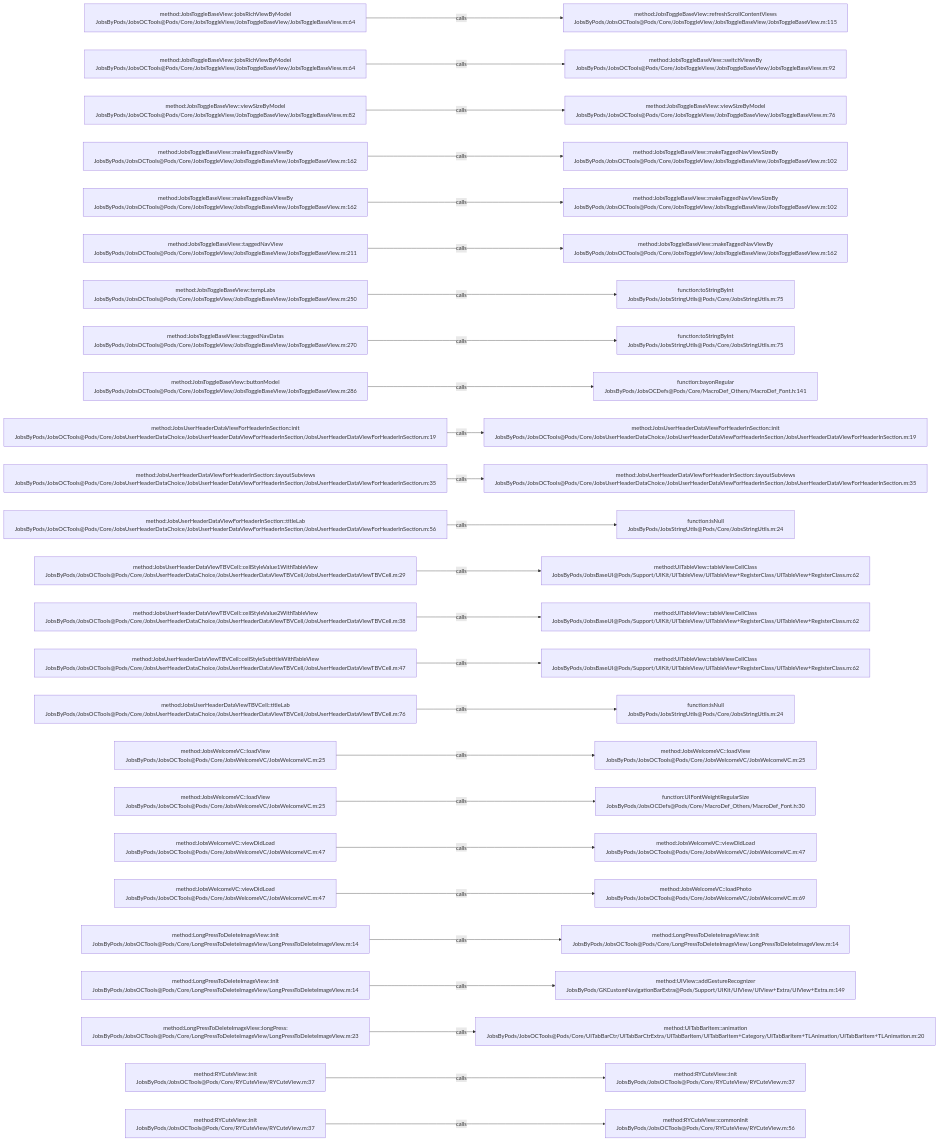
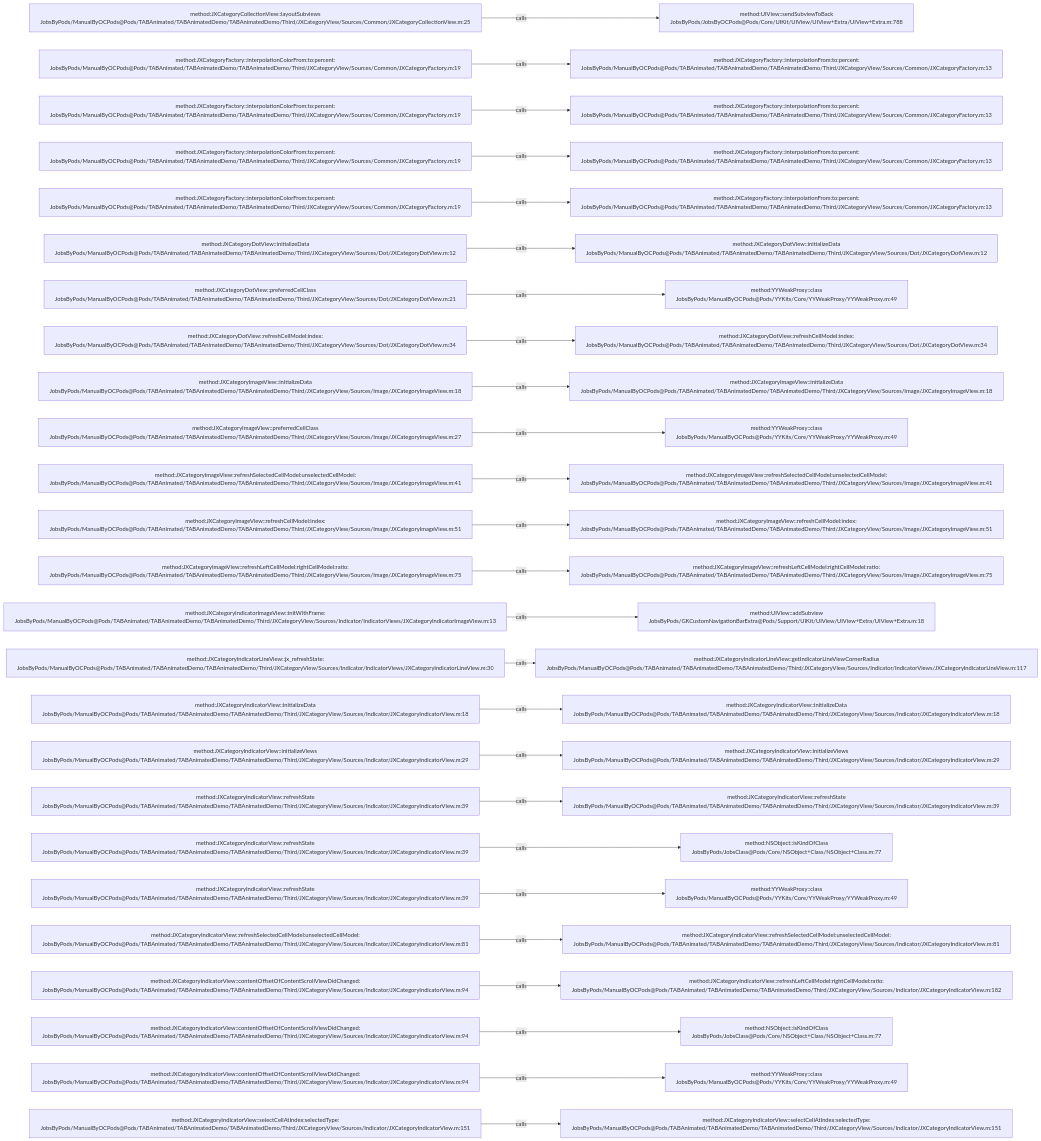
Before and after one commit to JobsKits/JobsOCBaseConfigDemo: the diagram in .codegraph/codegraph.md/graphs/calls-148.md, drawn with Mermaid. The commit also changed 573 other files, not shown here.

````diff
--- a/.codegraph/codegraph.md/graphs/calls-148.md
+++ b/.codegraph/codegraph.md/graphs/calls-148.md
@@ -13,78 +13,78 @@
 ```mermaid
 flowchart LR
-  S1["method:JobsToggleBaseView::jobsRichViewByModel<br/>JobsByPods/JobsOCTools@Pods/Core/JobsToggleView/JobsToggleBaseView/JobsToggleBaseView.m:64"]
-  T1["method:JobsToggleBaseView::refreshScrollContentViews<br/>JobsByPods/JobsOCTools@Pods/Core/JobsToggleView/JobsToggleBaseView/JobsToggleBaseView.m:115"]
+  S1["method:JXCategoryCollectionView::layoutSubviews<br/>JobsByPods/ManualByOCPods@Pods/TABAnimated/TABAnimatedDemo/TABAnimatedDemo/Third/JXCategoryView/Sources/Common/JXCategoryCollectionView.m:25"]
+  T1["method:UIView::sendSubviewToBack<br/>JobsByPods/JobsByOCPods@Pods/Core/UIKit/UIView/UIView+Extra/UIView+Extra.m:788"]
   S1 -->|calls| T1
-  S2["method:JobsToggleBaseView::jobsRichViewByModel<br/>JobsByPods/JobsOCTools@Pods/Core/JobsToggleView/JobsToggleBaseView/JobsToggleBaseView.m:64"]
-  T2["method:JobsToggleBaseView::switchViewsBy<br/>JobsByPods/JobsOCTools@Pods/Core/JobsToggleView/JobsToggleBaseView/JobsToggleBaseView.m:92"]
+  S2["method:JXCategoryFactory::interpolationColorFrom:to:percent:<br/>JobsByPods/ManualByOCPods@Pods/TABAnimated/TABAnimatedDemo/TABAnimatedDemo/Third/JXCategoryView/Sources/Common/JXCategoryFactory.m:19"]
+  T2["method:JXCategoryFactory::interpolationFrom:to:percent:<br/>JobsByPods/ManualByOCPods@Pods/TABAnimated/TABAnimatedDemo/TABAnimatedDemo/Third/JXCategoryView/Sources/Common/JXCategoryFactory.m:13"]
   S2 -->|calls| T2
-  S3["method:JobsToggleBaseView::viewSizeByModel<br/>JobsByPods/JobsOCTools@Pods/Core/JobsToggleView/JobsToggleBaseView/JobsToggleBaseView.m:82"]
-  T3["method:JobsToggleBaseView::viewSizeByModel<br/>JobsByPods/JobsOCTools@Pods/Core/JobsToggleView/JobsToggleBaseView/JobsToggleBaseView.m:76"]
+  S3["method:JXCategoryFactory::interpolationColorFrom:to:percent:<br/>JobsByPods/ManualByOCPods@Pods/TABAnimated/TABAnimatedDemo/TABAnimatedDemo/Third/JXCategoryView/Sources/Common/JXCategoryFactory.m:19"]
+  T3["method:JXCategoryFactory::interpolationFrom:to:percent:<br/>JobsByPods/ManualByOCPods@Pods/TABAnimated/TABAnimatedDemo/TABAnimatedDemo/Third/JXCategoryView/Sources/Common/JXCategoryFactory.m:13"]
   S3 -->|calls| T3
-  S4["method:JobsToggleBaseView::makeTaggedNavViewBy<br/>JobsByPods/JobsOCTools@Pods/Core/JobsToggleView/JobsToggleBaseView/JobsToggleBaseView.m:162"]
-  T4["method:JobsToggleBaseView::makeTaggedNavViewSizeBy<br/>JobsByPods/JobsOCTools@Pods/Core/JobsToggleView/JobsToggleBaseView/JobsToggleBaseView.m:102"]
+  S4["method:JXCategoryFactory::interpolationColorFrom:to:percent:<br/>JobsByPods/ManualByOCPods@Pods/TABAnimated/TABAnimatedDemo/TABAnimatedDemo/Third/JXCategoryView/Sources/Common/JXCategoryFactory.m:19"]
+  T4["method:JXCategoryFactory::interpolationFrom:to:percent:<br/>JobsByPods/ManualByOCPods@Pods/TABAnimated/TABAnimatedDemo/TABAnimatedDemo/Third/JXCategoryView/Sources/Common/JXCategoryFactory.m:13"]
   S4 -->|calls| T4
-  S5["method:JobsToggleBaseView::makeTaggedNavViewBy<br/>JobsByPods/JobsOCTools@Pods/Core/JobsToggleView/JobsToggleBaseView/JobsToggleBaseView.m:162"]
-  T5["method:JobsToggleBaseView::makeTaggedNavViewSizeBy<br/>JobsByPods/JobsOCTools@Pods/Core/JobsToggleView/JobsToggleBaseView/JobsToggleBaseView.m:102"]
+  S5["method:JXCategoryFactory::interpolationColorFrom:to:percent:<br/>JobsByPods/ManualByOCPods@Pods/TABAnimated/TABAnimatedDemo/TABAnimatedDemo/Third/JXCategoryView/Sources/Common/JXCategoryFactory.m:19"]
+  T5["method:JXCategoryFactory::interpolationFrom:to:percent:<br/>JobsByPods/ManualByOCPods@Pods/TABAnimated/TABAnimatedDemo/TABAnimatedDemo/Third/JXCategoryView/Sources/Common/JXCategoryFactory.m:13"]
   S5 -->|calls| T5
-  S6["method:JobsToggleBaseView::taggedNavView<br/>JobsByPods/JobsOCTools@Pods/Core/JobsToggleView/JobsToggleBaseView/JobsToggleBaseView.m:211"]
-  T6["method:JobsToggleBaseView::makeTaggedNavViewBy<br/>JobsByPods/JobsOCTools@Pods/Core/JobsToggleView/JobsToggleBaseView/JobsToggleBaseView.m:162"]
+  S6["method:JXCategoryDotView::initializeData<br/>JobsByPods/ManualByOCPods@Pods/TABAnimated/TABAnimatedDemo/TABAnimatedDemo/Third/JXCategoryView/Sources/Dot/JXCategoryDotView.m:12"]
+  T6["method:JXCategoryDotView::initializeData<br/>JobsByPods/ManualByOCPods@Pods/TABAnimated/TABAnimatedDemo/TABAnimatedDemo/Third/JXCategoryView/Sources/Dot/JXCategoryDotView.m:12"]
   S6 -->|calls| T6
-  S7["method:JobsToggleBaseView::tempLabs<br/>JobsByPods/JobsOCTools@Pods/Core/JobsToggleView/JobsToggleBaseView/JobsToggleBaseView.m:250"]
-  T7["function:toStringByInt<br/>JobsByPods/JobsStringUtils@Pods/Core/JobsStringUtils.m:75"]
+  S7["method:JXCategoryDotView::preferredCellClass<br/>JobsByPods/ManualByOCPods@Pods/TABAnimated/TABAnimatedDemo/TABAnimatedDemo/Third/JXCategoryView/Sources/Dot/JXCategoryDotView.m:21"]
+  T7["method:YYWeakProxy::class<br/>JobsByPods/ManualByOCPods@Pods/YYKits/Core/YYWeakProxy/YYWeakProxy.m:49"]
   S7 -->|calls| T7
-  S8["method:JobsToggleBaseView::taggedNavDatas<br/>JobsByPods/JobsOCTools@Pods/Core/JobsToggleView/JobsToggleBaseView/JobsToggleBaseView.m:270"]
-  T8["function:toStringByInt<br/>JobsByPods/JobsStringUtils@Pods/Core/JobsStringUtils.m:75"]
+  S8["method:JXCategoryDotView::refreshCellModel:index:<br/>JobsByPods/ManualByOCPods@Pods/TABAnimated/TABAnimatedDemo/TABAnimatedDemo/Third/JXCategoryView/Sources/Dot/JXCategoryDotView.m:34"]
+  T8["method:JXCategoryDotView::refreshCellModel:index:<br/>JobsByPods/ManualByOCPods@Pods/TABAnimated/TABAnimatedDemo/TABAnimatedDemo/Third/JXCategoryView/Sources/Dot/JXCategoryDotView.m:34"]
   S8 -->|calls| T8
-  S9["method:JobsToggleBaseView::buttonModel<br/>JobsByPods/JobsOCTools@Pods/Core/JobsToggleView/JobsToggleBaseView/JobsToggleBaseView.m:286"]
-  T9["function:bayonRegular<br/>JobsByPods/JobsOCDefs@Pods/Core/MacroDef_Others/MacroDef_Font.h:141"]
+  S9["method:JXCategoryImageView::initializeData<br/>JobsByPods/ManualByOCPods@Pods/TABAnimated/TABAnimatedDemo/TABAnimatedDemo/Third/JXCategoryView/Sources/Image/JXCategoryImageView.m:18"]
+  T9["method:JXCategoryImageView::initializeData<br/>JobsByPods/ManualByOCPods@Pods/TABAnimated/TABAnimatedDemo/TABAnimatedDemo/Third/JXCategoryView/Sources/Image/JXCategoryImageView.m:18"]
   S9 -->|calls| T9
-  S10["method:JobsUserHeaderDataViewForHeaderInSection::init<br/>JobsByPods/JobsOCTools@Pods/Core/JobsUserHeaderDataChoice/JobsUserHeaderDataViewForHeaderInSection/JobsUserHeaderDataViewForHeaderInSection.m:19"]
-  T10["method:JobsUserHeaderDataViewForHeaderInSection::init<br/>JobsByPods/JobsOCTools@Pods/Core/JobsUserHeaderDataChoice/JobsUserHeaderDataViewForHeaderInSection/JobsUserHeaderDataViewForHeaderInSection.m:19"]
+  S10["method:JXCategoryImageView::preferredCellClass<br/>JobsByPods/ManualByOCPods@Pods/TABAnimated/TABAnimatedDemo/TABAnimatedDemo/Third/JXCategoryView/Sources/Image/JXCategoryImageView.m:27"]
+  T10["method:YYWeakProxy::class<br/>JobsByPods/ManualByOCPods@Pods/YYKits/Core/YYWeakProxy/YYWeakProxy.m:49"]
   S10 -->|calls| T10
-  S11["method:JobsUserHeaderDataViewForHeaderInSection::layoutSubviews<br/>JobsByPods/JobsOCTools@Pods/Core/JobsUserHeaderDataChoice/JobsUserHeaderDataViewForHeaderInSection/JobsUserHeaderDataViewForHeaderInSection.m:35"]
-  T11["method:JobsUserHeaderDataViewForHeaderInSection::layoutSubviews<br/>JobsByPods/JobsOCTools@Pods/Core/JobsUserHeaderDataChoice/JobsUserHeaderDataViewForHeaderInSection/JobsUserHeaderDataViewForHeaderInSection.m:35"]
+  S11["method:JXCategoryImageView::refreshSelectedCellModel:unselectedCellModel:<br/>JobsByPods/ManualByOCPods@Pods/TABAnimated/TABAnimatedDemo/TABAnimatedDemo/Third/JXCategoryView/Sources/Image/JXCategoryImageView.m:41"]
+  T11["method:JXCategoryImageView::refreshSelectedCellModel:unselectedCellModel:<br/>JobsByPods/ManualByOCPods@Pods/TABAnimated/TABAnimatedDemo/TABAnimatedDemo/Third/JXCategoryView/Sources/Image/JXCategoryImageView.m:41"]
   S11 -->|calls| T11
-  S12["method:JobsUserHeaderDataViewForHeaderInSection::titleLab<br/>JobsByPods/JobsOCTools@Pods/Core/JobsUserHeaderDataChoice/JobsUserHeaderDataViewForHeaderInSection/JobsUserHeaderDataViewForHeaderInSection.m:56"]
-  T12["function:isNull<br/>JobsByPods/JobsStringUtils@Pods/Core/JobsStringUtils.m:24"]
+  S12["method:JXCategoryImageView::refreshCellModel:index:<br/>JobsByPods/ManualByOCPods@Pods/TABAnimated/TABAnimatedDemo/TABAnimatedDemo/Third/JXCategoryView/Sources/Image/JXCategoryImageView.m:51"]
+  T12["method:JXCategoryImageView::refreshCellModel:index:<br/>JobsByPods/ManualByOCPods@Pods/TABAnimated/TABAnimatedDemo/TABAnimatedDemo/Third/JXCategoryView/Sources/Image/JXCategoryImageView.m:51"]
   S12 -->|calls| T12
-  S13["method:JobsUserHeaderDataViewTBVCell::cellStyleValue1WithTableView<br/>JobsByPods/JobsOCTools@Pods/Core/JobsUserHeaderDataChoice/JobsUserHeaderDataViewTBVCell/JobsUserHeaderDataViewTBVCell.m:29"]
-  T13["method:UITableView::tableViewCellClass<br/>JobsByPods/JobsBaseUI@Pods/Support/UIKit/UITableView/UITableView+RegisterClass/UITableView+RegisterClass.m:62"]
+  S13["method:JXCategoryImageView::refreshLeftCellModel:rightCellModel:ratio:<br/>JobsByPods/ManualByOCPods@Pods/TABAnimated/TABAnimatedDemo/TABAnimatedDemo/Third/JXCategoryView/Sources/Image/JXCategoryImageView.m:75"]
+  T13["method:JXCategoryImageView::refreshLeftCellModel:rightCellModel:ratio:<br/>JobsByPods/ManualByOCPods@Pods/TABAnimated/TABAnimatedDemo/TABAnimatedDemo/Third/JXCategoryView/Sources/Image/JXCategoryImageView.m:75"]
   S13 -->|calls| T13
-  S14["method:JobsUserHeaderDataViewTBVCell::cellStyleValue2WithTableView<br/>JobsByPods/JobsOCTools@Pods/Core/JobsUserHeaderDataChoice/JobsUserHeaderDataViewTBVCell/JobsUserHeaderDataViewTBVCell.m:38"]
-  T14["method:UITableView::tableViewCellClass<br/>JobsByPods/JobsBaseUI@Pods/Support/UIKit/UITableView/UITableView+RegisterClass/UITableView+RegisterClass.m:62"]
+  S14["method:JXCategoryIndicatorImageView::initWithFrame:<br/>JobsByPods/ManualByOCPods@Pods/TABAnimated/TABAnimatedDemo/TABAnimatedDemo/Third/JXCategoryView/Sources/Indicator/IndicatorViews/JXCategoryIndicatorImageView.m:13"]
+  T14["method:UIView::addSubview<br/>JobsByPods/GKCustomNavigationBarExtra@Pods/Support/UIKit/UIView/UIView+Extra/UIView+Extra.m:18"]
   S14 -->|calls| T14
-  S15["method:JobsUserHeaderDataViewTBVCell::cellStyleSubtitleWithTableView<br/>JobsByPods/JobsOCTools@Pods/Core/JobsUserHeaderDataChoice/JobsUserHeaderDataViewTBVCell/JobsUserHeaderDataViewTBVCell.m:47"]
-  T15["method:UITableView::tableViewCellClass<br/>JobsByPods/JobsBaseUI@Pods/Support/UIKit/UITableView/UITableView+RegisterClass/UITableView+RegisterClass.m:62"]
+  S15["method:JXCategoryIndicatorLineView::jx_refreshState:<br/>JobsByPods/ManualByOCPods@Pods/TABAnimated/TABAnimatedDemo/TABAnimatedDemo/Third/JXCategoryView/Sources/Indicator/IndicatorViews/JXCategoryIndicatorLineView.m:30"]
+  T15["method:JXCategoryIndicatorLineView::getIndicatorLineViewCornerRadius<br/>JobsByPods/ManualByOCPods@Pods/TABAnimated/TABAnimatedDemo/TABAnimatedDemo/Third/JXCategoryView/Sources/Indicator/IndicatorViews/JXCategoryIndicatorLineView.m:117"]
   S15 -->|calls| T15
-  S16["method:JobsUserHeaderDataViewTBVCell::titleLab<br/>JobsByPods/JobsOCTools@Pods/Core/JobsUserHeaderDataChoice/JobsUserHeaderDataViewTBVCell/JobsUserHeaderDataViewTBVCell.m:76"]
-  T16["function:isNull<br/>JobsByPods/JobsStringUtils@Pods/Core/JobsStringUtils.m:24"]
+  S16["method:JXCategoryIndicatorView::initializeData<br/>JobsByPods/ManualByOCPods@Pods/TABAnimated/TABAnimatedDemo/TABAnimatedDemo/Third/JXCategoryView/Sources/Indicator/JXCategoryIndicatorView.m:18"]
+  T16["method:JXCategoryIndicatorView::initializeData<br/>JobsByPods/ManualByOCPods@Pods/TABAnimated/TABAnimatedDemo/TABAnimatedDemo/Third/JXCategoryView/Sources/Indicator/JXCategoryIndicatorView.m:18"]
   S16 -->|calls| T16
-  S17["method:JobsWelcomeVC::loadView<br/>JobsByPods/JobsOCTools@Pods/Core/JobsWelcomeVC/JobsWelcomeVC.m:25"]
-  T17["method:JobsWelcomeVC::loadView<br/>JobsByPods/JobsOCTools@Pods/Core/JobsWelcomeVC/JobsWelcomeVC.m:25"]
+  S17["method:JXCategoryIndicatorView::initializeViews<br/>JobsByPods/ManualByOCPods@Pods/TABAnimated/TABAnimatedDemo/TABAnimatedDemo/Third/JXCategoryView/Sources/Indicator/JXCategoryIndicatorView.m:29"]
+  T17["method:JXCategoryIndicatorView::initializeViews<br/>JobsByPods/ManualByOCPods@Pods/TABAnimated/TABAnimatedDemo/TABAnimatedDemo/Third/JXCategoryView/Sources/Indicator/JXCategoryIndicatorView.m:29"]
   S17 -->|calls| T17
-  S18["method:JobsWelcomeVC::loadView<br/>JobsByPods/JobsOCTools@Pods/Core/JobsWelcomeVC/JobsWelcomeVC.m:25"]
-  T18["function:UIFontWeightRegularSize<br/>JobsByPods/JobsOCDefs@Pods/Core/MacroDef_Others/MacroDef_Font.h:30"]
+  S18["method:JXCategoryIndicatorView::refreshState<br/>JobsByPods/ManualByOCPods@Pods/TABAnimated/TABAnimatedDemo/TABAnimatedDemo/Third/JXCategoryView/Sources/Indicator/JXCategoryIndicatorView.m:39"]
+  T18["method:JXCategoryIndicatorView::refreshState<br/>JobsByPods/ManualByOCPods@Pods/TABAnimated/TABAnimatedDemo/TABAnimatedDemo/Third/JXCategoryView/Sources/Indicator/JXCategoryIndicatorView.m:39"]
   S18 -->|calls| T18
-  S19["method:JobsWelcomeVC::viewDidLoad<br/>JobsByPods/JobsOCTools@Pods/Core/JobsWelcomeVC/JobsWelcomeVC.m:47"]
-  T19["method:JobsWelcomeVC::viewDidLoad<br/>JobsByPods/JobsOCTools@Pods/Core/JobsWelcomeVC/JobsWelcomeVC.m:47"]
+  S19["method:JXCategoryIndicatorView::refreshState<br/>JobsByPods/ManualByOCPods@Pods/TABAnimated/TABAnimatedDemo/TABAnimatedDemo/Third/JXCategoryView/Sources/Indicator/JXCategoryIndicatorView.m:39"]
+  T19["method:NSObject::isKindOfClass<br/>JobsByPods/JobsClass@Pods/Core/NSObject+Class/NSObject+Class.m:77"]
   S19 -->|calls| T19
-  S20["method:JobsWelcomeVC::viewDidLoad<br/>JobsByPods/JobsOCTools@Pods/Core/JobsWelcomeVC/JobsWelcomeVC.m:47"]
-  T20["method:JobsWelcomeVC::loadPhoto<br/>JobsByPods/JobsOCTools@Pods/Core/JobsWelcomeVC/JobsWelcomeVC.m:69"]
+  S20["method:JXCategoryIndicatorView::refreshState<br/>JobsByPods/ManualByOCPods@Pods/TABAnimated/TABAnimatedDemo/TABAnimatedDemo/Third/JXCategoryView/Sources/Indicator/JXCategoryIndicatorView.m:39"]
+  T20["method:YYWeakProxy::class<br/>JobsByPods/ManualByOCPods@Pods/YYKits/Core/YYWeakProxy/YYWeakProxy.m:49"]
   S20 -->|calls| T20
-  S21["method:LongPressToDeleteImageView::init<br/>JobsByPods/JobsOCTools@Pods/Core/LongPressToDeleteImageView/LongPressToDeleteImageView.m:14"]
-  T21["method:LongPressToDeleteImageView::init<br/>JobsByPods/JobsOCTools@Pods/Core/LongPressToDeleteImageView/LongPressToDeleteImageView.m:14"]
+  S21["method:JXCategoryIndicatorView::refreshSelectedCellModel:unselectedCellModel:<br/>JobsByPods/ManualByOCPods@Pods/TABAnimated/TABAnimatedDemo/TABAnimatedDemo/Third/JXCategoryView/Sources/Indicator/JXCategoryIndicatorView.m:81"]
+  T21["method:JXCategoryIndicatorView::refreshSelectedCellModel:unselectedCellModel:<br/>JobsByPods/ManualByOCPods@Pods/TABAnimated/TABAnimatedDemo/TABAnimatedDemo/Third/JXCategoryView/Sources/Indicator/JXCategoryIndicatorView.m:81"]
   S21 -->|calls| T21
-  S22["method:LongPressToDeleteImageView::init<br/>JobsByPods/JobsOCTools@Pods/Core/LongPressToDeleteImageView/LongPressToDeleteImageView.m:14"]
-  T22["method:UIView::addGestureRecognizer<br/>JobsByPods/GKCustomNavigationBarExtra@Pods/Support/UIKit/UIView/UIView+Extra/UIView+Extra.m:149"]
+  S22["method:JXCategoryIndicatorView::contentOffsetOfContentScrollViewDidChanged:<br/>JobsByPods/ManualByOCPods@Pods/TABAnimated/TABAnimatedDemo/TABAnimatedDemo/Third/JXCategoryView/Sources/Indicator/JXCategoryIndicatorView.m:94"]
+  T22["method:JXCategoryIndicatorView::refreshLeftCellModel:rightCellModel:ratio:<br/>JobsByPods/ManualByOCPods@Pods/TABAnimated/TABAnimatedDemo/TABAnimatedDemo/Third/JXCategoryView/Sources/Indicator/JXCategoryIndicatorView.m:182"]
   S22 -->|calls| T22
-  S23["method:LongPressToDeleteImageView::longPress:<br/>JobsByPods/JobsOCTools@Pods/Core/LongPressToDeleteImageView/LongPressToDeleteImageView.m:23"]
-  T23["method:UITabBarItem::animation<br/>JobsByPods/JobsOCTools@Pods/Core/UITabBarCtr/UITabBarCtrExtra/UITabBarItem/UITabBarItem+Category/UITabBarItem+TLAnimation/UITabBarItem+TLAnimation.m:20"]
+  S23["method:JXCategoryIndicatorView::contentOffsetOfContentScrollViewDidChanged:<br/>JobsByPods/ManualByOCPods@Pods/TABAnimated/TABAnimatedDemo/TABAnimatedDemo/Third/JXCategoryView/Sources/Indicator/JXCategoryIndicatorView.m:94"]
+  T23["method:NSObject::isKindOfClass<br/>JobsByPods/JobsClass@Pods/Core/NSObject+Class/NSObject+Class.m:77"]
   S23 -->|calls| T23
-  S24["method:RYCuteView::init<br/>JobsByPods/JobsOCTools@Pods/Core/RYCuteView/RYCuteView.m:37"]
-  T24["method:RYCuteView::init<br/>JobsByPods/JobsOCTools@Pods/Core/RYCuteView/RYCuteView.m:37"]
+  S24["method:JXCategoryIndicatorView::contentOffsetOfContentScrollViewDidChanged:<br/>JobsByPods/ManualByOCPods@Pods/TABAnimated/TABAnimatedDemo/TABAnimatedDemo/Third/JXCategoryView/Sources/Indicator/JXCategoryIndicatorView.m:94"]
+  T24["method:YYWeakProxy::class<br/>JobsByPods/ManualByOCPods@Pods/YYKits/Core/YYWeakProxy/YYWeakProxy.m:49"]
   S24 -->|calls| T24
-  S25["method:RYCuteView::init<br/>JobsByPods/JobsOCTools@Pods/Core/RYCuteView/RYCuteView.m:37"]
-  T25["method:RYCuteView::commonInit<br/>JobsByPods/JobsOCTools@Pods/Core/RYCuteView/RYCuteView.m:56"]
+  S25["method:JXCategoryIndicatorView::selectCellAtIndex:selectedType:<br/>JobsByPods/ManualByOCPods@Pods/TABAnimated/TABAnimatedDemo/TABAnimatedDemo/Third/JXCategoryView/Sources/Indicator/JXCategoryIndicatorView.m:151"]
+  T25["method:JXCategoryIndicatorView::selectCellAtIndex:selectedType:<br/>JobsByPods/ManualByOCPods@Pods/TABAnimated/TABAnimatedDemo/TABAnimatedDemo/Third/JXCategoryView/Sources/Indicator/JXCategoryIndicatorView.m:151"]
   S25 -->|calls| T25
 ```
````
